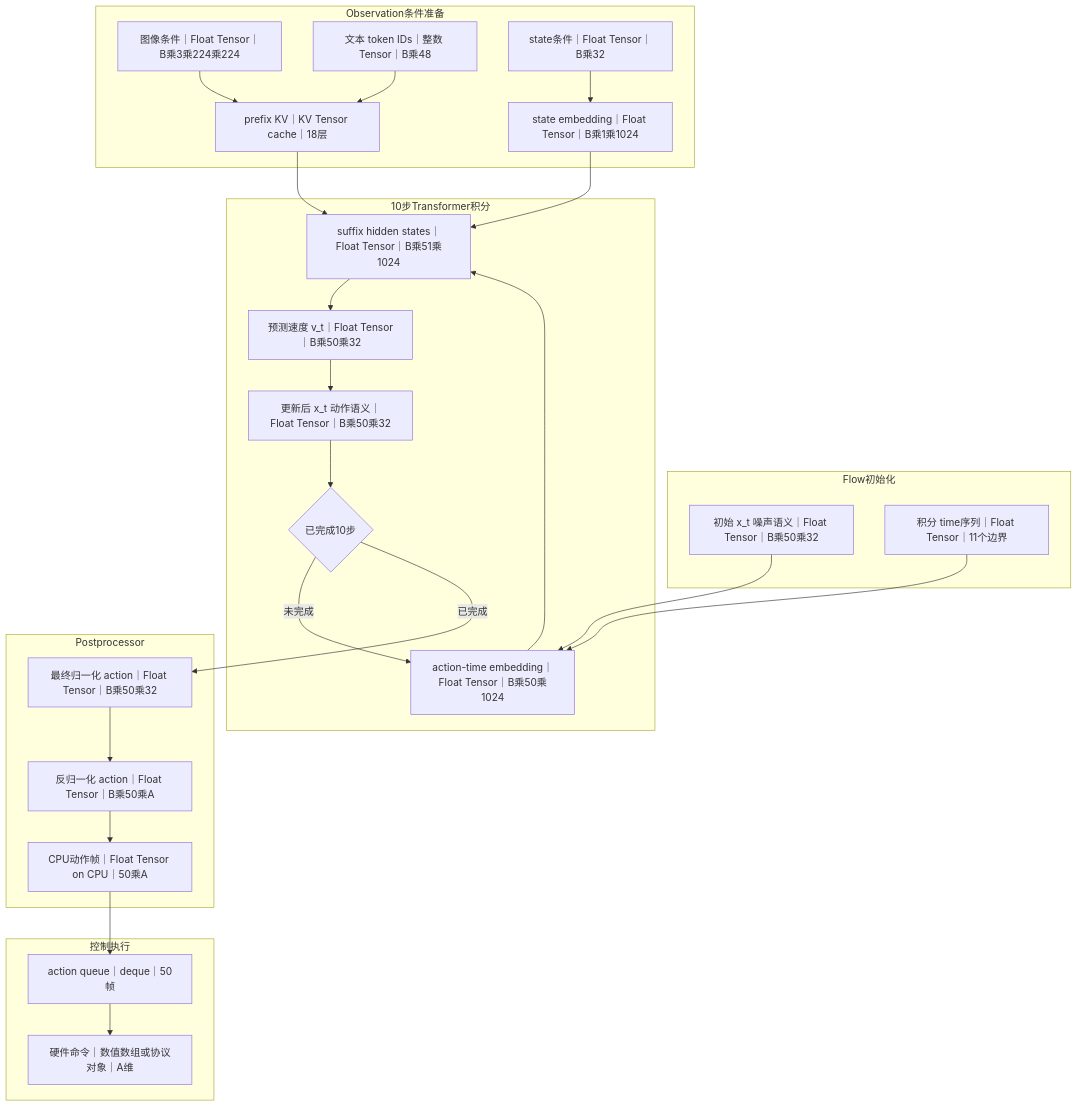
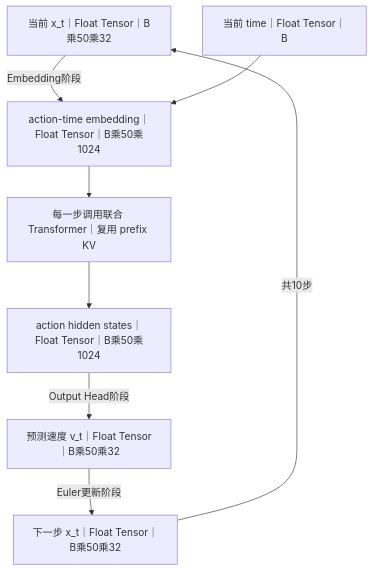
Diagram 15 of 58 in pi0/pi0-end-to-end-flowcharts.md (skkkkk0609/vla-advanced-algorithms), drawn with Mermaid before and after one commit. The commit also changed other lines of this file and 3 other files, not shown here.

````diff
--- a/pi0/pi0-end-to-end-flowcharts.md
+++ b/pi0/pi0-end-to-end-flowcharts.md
@@ -271,41 +303,12 @@
 ```mermaid
 flowchart TD
-    subgraph P1[Observation条件准备]
-        OIMG[图像条件｜Float Tensor｜B乘3乘224乘224]
-        OTXT[文本 token IDs｜整数 Tensor｜B乘48]
-        OSTATE[state条件｜Float Tensor｜B乘32]
-        PKV[prefix KV｜KV Tensor cache｜18层]
-        SCOND[state embedding｜Float Tensor｜B乘1乘1024]
-    end
-    subgraph P2[Flow初始化]
-        XINIT[初始 x_t 噪声语义｜Float Tensor｜B乘50乘32]
-        TIMES[积分 time序列｜Float Tensor｜11个边界]
-    end
-    subgraph P3[10步Transformer积分]
-        AIN[action-time embedding｜Float Tensor｜B乘50乘1024]
-        PHID[suffix hidden states｜Float Tensor｜B乘51乘1024]
-        VSTEP[预测速度 v_t｜Float Tensor｜B乘50乘32]
-        XNEXT[更新后 x_t 动作语义｜Float Tensor｜B乘50乘32]
-        STEP{已完成10步}
-    end
-    subgraph P4[Postprocessor]
-        PADACT[最终归一化 action｜Float Tensor｜B乘50乘32]
-        REALACT[反归一化 action｜Float Tensor｜B乘50乘A]
-        CPUACT[CPU动作帧｜Float Tensor on CPU｜50乘A]
-    end
-    subgraph P5[控制执行]
-        QUEUE[action queue｜deque｜50帧]
-        COMMAND[硬件命令｜数值数组或协议对象｜A维]
-    end
-
-    OIMG --> PKV
-    OTXT --> PKV
-    OSTATE --> SCOND
-    XINIT --> AIN
-    TIMES --> AIN
-    PKV --> PHID
-    SCOND --> PHID
-    AIN --> PHID --> VSTEP --> XNEXT --> STEP
-    STEP -- 未完成 --> AIN
-    STEP -- 已完成 --> PADACT --> REALACT --> CPUACT --> QUEUE --> COMMAND
+    X[当前 x_t｜Float Tensor｜B乘50乘32]
+    T[当前 time｜Float Tensor｜B]
+    X -- Embedding阶段 --> E[action-time embedding｜Float Tensor｜B乘50乘1024]
+    T --> E
+    E --> J[每一步调用联合 Transformer｜复用 prefix KV]
+    J --> H[action hidden states｜Float Tensor｜B乘50乘1024]
+    H -- Output Head阶段 --> V[预测速度 v_t｜Float Tensor｜B乘50乘32]
+    V -- Euler更新阶段 --> N[下一步 x_t｜Float Tensor｜B乘50乘32]
+    N -- 共10步 --> X
 ```
````
